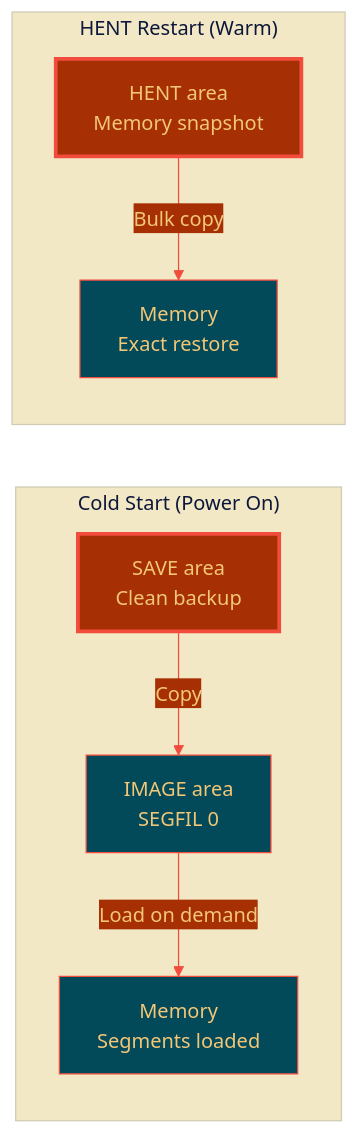
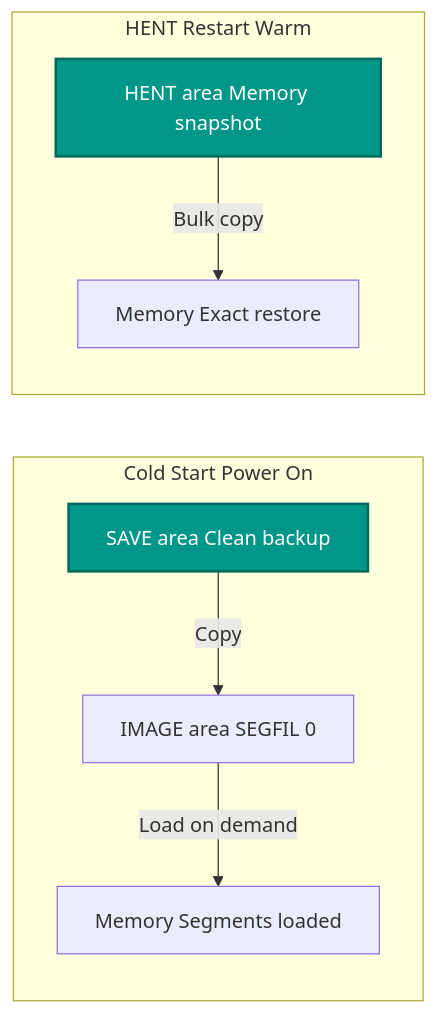
Before and after one commit to HackerCorpLabs/NDInsight: the second of 4 diagrams in SINTRAN/OS/11-RT-SEGMENTS-AND-SEGFIL.md, drawn with Mermaid. The commit also changed other lines of this file and 19 other files, not shown here.

Commit message:
Updated Mermaid diagrams

````diff
--- a/SINTRAN/OS/11-RT-SEGMENTS-AND-SEGFIL.md
+++ b/SINTRAN/OS/11-RT-SEGMENTS-AND-SEGFIL.md
@@ -261,20 +260,20 @@
 ```mermaid
-%%{init: {'theme':'base', 'themeVariables': {'primaryColor':'#024959','primaryTextColor':'#F2C777','primaryBorderColor':'#F24C3D','lineColor':'#F24C3D','secondaryColor':'#A62F03','tertiaryColor':'#F2E8C6'}}}%%
 flowchart LR
-    subgraph COLD ["Cold Start (Power On)"]
-        S1[SAVE area<br/>Clean backup]
-        I1[IMAGE area<br/>SEGFIL 0]
-        M1[Memory<br/>Segments loaded]
+    subgraph COLD [Cold Start Power On]
+        S1[SAVE area Clean backup]
+        I1[IMAGE area SEGFIL 0]
+        M1[Memory Segments loaded]
     end
-    
-    subgraph HENT ["HENT Restart (Warm)"]
-        H1[HENT area<br/>Memory snapshot]
-        M2[Memory<br/>Exact restore]
+
+    subgraph HENT [HENT Restart Warm]
+        H1[HENT area Memory snapshot]
+        M2[Memory Exact restore]
     end
-    
-    S1 --Copy--> I1 --Load on demand--> M1
-    H1 --Bulk copy--> M2
-    
-    style S1 fill:#A62F03,stroke:#F24C3D,stroke-width:3px,color:#F2C777
-    style H1 fill:#A62F03,stroke:#F24C3D,stroke-width:3px,color:#F2C777
+
+    S1 -->|Copy| I1
+    I1 -->|"Load on demand"| M1
+    H1 -->|"Bulk copy"| M2
+
+    style S1 fill:#009688,stroke:#00695C,stroke-width:2px,color:#fff
+    style H1 fill:#009688,stroke:#00695C,stroke-width:2px,color:#fff
 ```
````
